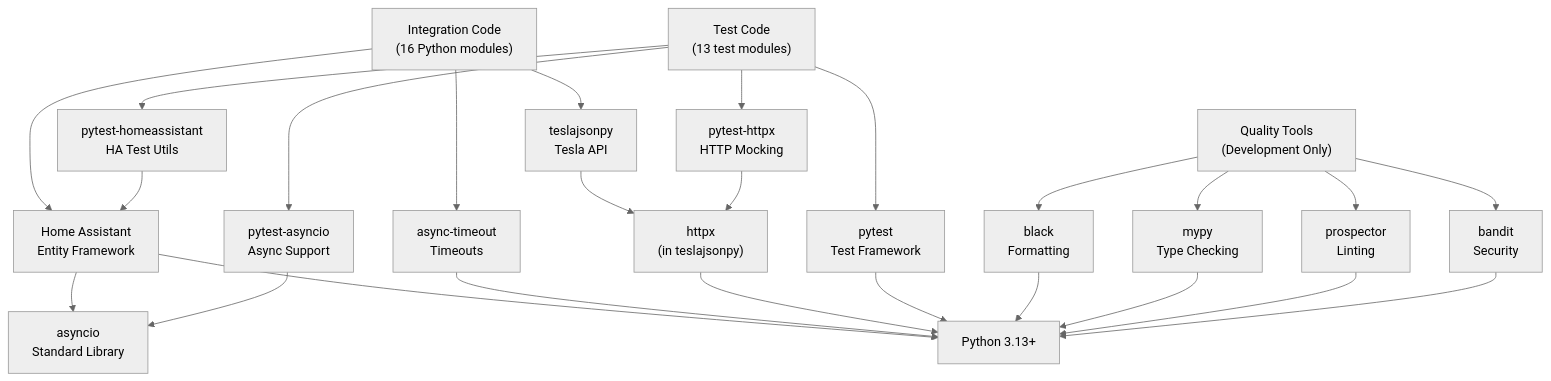
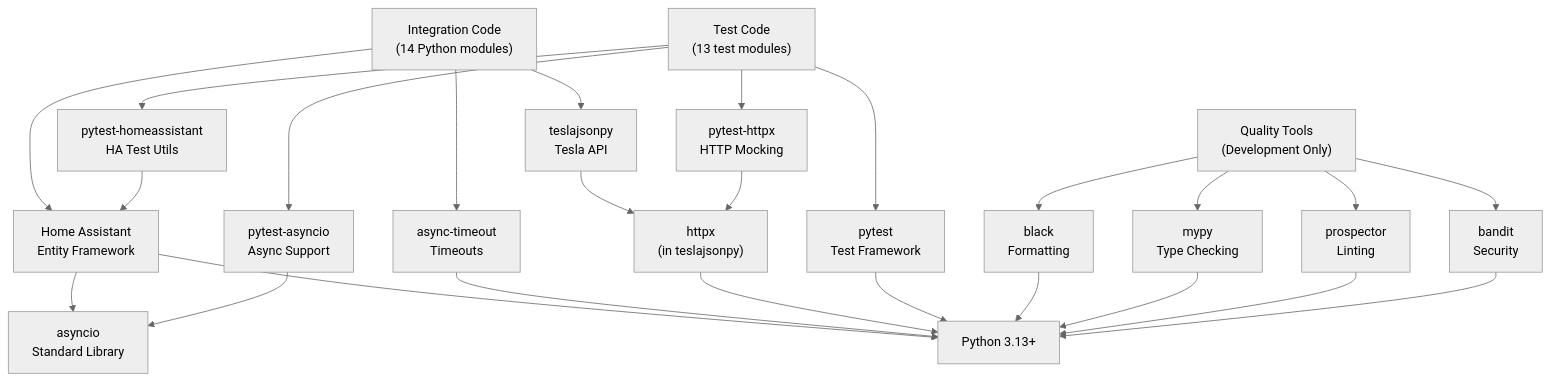
One commit to grzesiek1711/tesla changed the second of 2 diagrams in docs/dependencies.md. Above: the diagram before and after it, drawn with Mermaid (neutral theme). The commit also changed other lines of this file and 40 other files, not shown here.

````diff
--- a/docs/dependencies.md
+++ b/docs/dependencies.md
@@ -329,36 +328,36 @@
 ```mermaid
 graph TB
-    IntegrationCode["Integration Code<br/>(16 Python modules)"]
+    IntegrationCode["Integration Code<br/>(14 Python modules)"]
 
     IntegrationCode --> HomeAssistant["Home Assistant<br/>Entity Framework"]
     IntegrationCode --> teslajsonpy["teslajsonpy<br/>Tesla API"]
     IntegrationCode --> asyncTimeout["async-timeout<br/>Timeouts"]
 
     HomeAssistant --> AsyncIO["asyncio<br/>Standard Library"]
     HomeAssistant --> Python["Python 3.13+"]
     teslajsonpy --> HTTPX["httpx<br/>(in teslajsonpy)"]
     asyncTimeout --> Python
     HTTPX --> Python
 
     TestCode["Test Code<br/>(13 test modules)"]
     TestCode --> pytest["pytest<br/>Test Framework"]
     TestCode --> pytestHA["pytest-homeassistant<br/>HA Test Utils"]
     TestCode --> pytestAsync["pytest-asyncio<br/>Async Support"]
     TestCode --> pytestHTTPX["pytest-httpx<br/>HTTP Mocking"]
 
     pytest --> Python
     pytestHA --> HomeAssistant
     pytestAsync --> AsyncIO
     pytestHTTPX --> HTTPX
 
     QualityTools["Quality Tools<br/>(Development Only)"]
     QualityTools --> black["black<br/>Formatting"]
     QualityTools --> mypy["mypy<br/>Type Checking"]
     QualityTools --> prospector["prospector<br/>Linting"]
     QualityTools --> bandit["bandit<br/>Security"]
 
     black --> Python
     mypy --> Python
     prospector --> Python
     bandit --> Python
 ```
````
